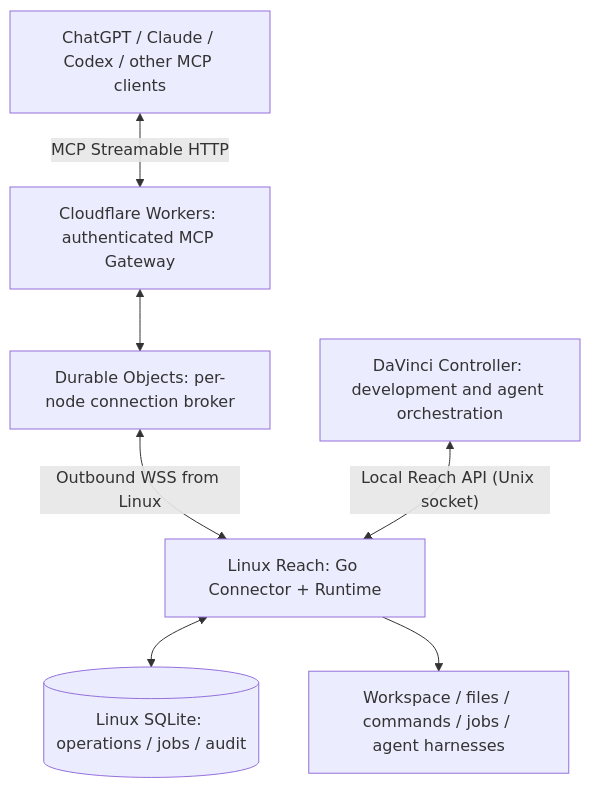
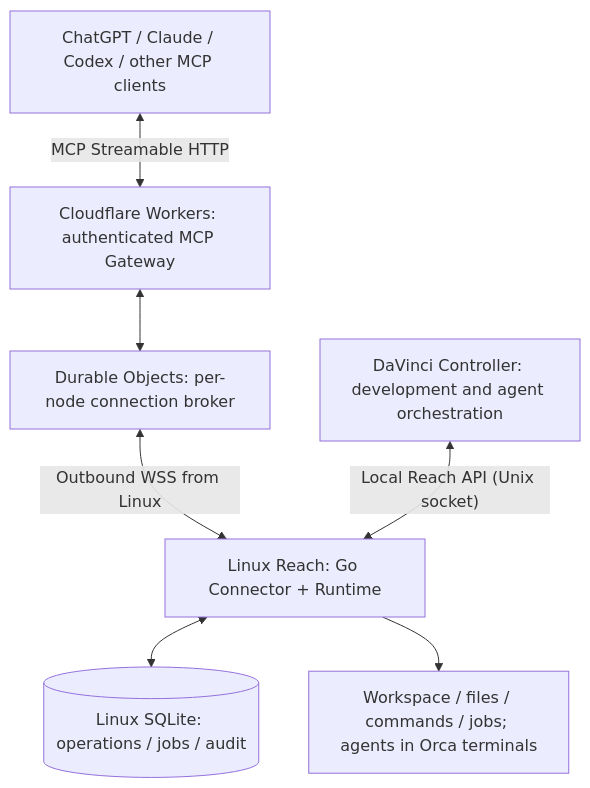
One commit to takezoh/syntoria-reach changed the diagram in README.md. Above: the diagram before and after it, drawn with Mermaid. The commit also changed other lines of this file and 41 other files, not shown here.

```diff
--- a/README.md
+++ b/README.md
@@ -22,16 +22,16 @@
 ~~~mermaid
 flowchart TB
     AI["ChatGPT / Claude / Codex / other MCP clients"]
     W["Cloudflare Workers: authenticated MCP Gateway"]
     DO["Durable Objects: per-node connection broker"]
     L["Linux Reach: Go Connector + Runtime"]
     DB[("Linux SQLite: operations / jobs / audit")]
-    OS["Workspace / files / commands / jobs / agent harnesses"]
+    OS["Workspace / files / commands / jobs; agents in Orca terminals"]
     DV["DaVinci Controller: development and agent orchestration"]
     AI <-->|"MCP Streamable HTTP"| W
     W <--> DO
     DO <-->|"Outbound WSS from Linux"| L
     L <--> DB
     L --> OS
     DV <-->|"Local Reach API (Unix socket)"| L
 ~~~
```
